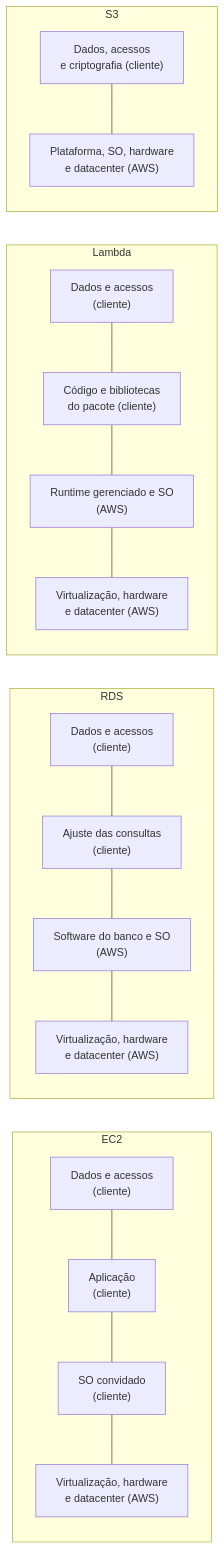
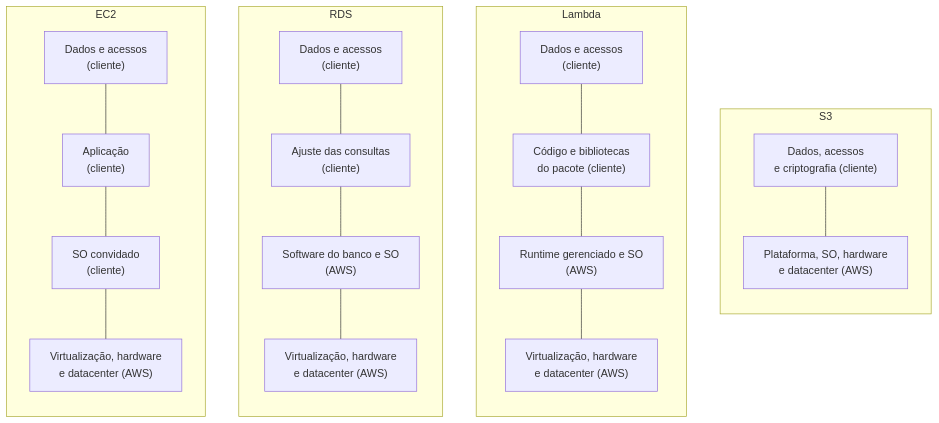
One commit to tuanyfortunato/aws-cloud-practitioner changed the diagram in docs/02-seguranca-e-conformidade/01-responsabilidade-compartilhada.md. Above: the diagram before and after it, drawn with Mermaid. The commit also changed 7 other files, not shown here.

````diff
--- a/docs/02-seguranca-e-conformidade/01-responsabilidade-compartilhada.md
+++ b/docs/02-seguranca-e-conformidade/01-responsabilidade-compartilhada.md
@@ -39,19 +39,20 @@
 ```mermaid
 flowchart LR
     subgraph EC2["EC2"]
         direction TB
         E1["Dados e acessos<br/>(cliente)"] --- E2["Aplicação<br/>(cliente)"] --- E3["SO convidado<br/>(cliente)"] --- E4["Virtualização, hardware<br/>e datacenter (AWS)"]
     end
     subgraph RDS["RDS"]
         direction TB
         R1["Dados e acessos<br/>(cliente)"] --- R2["Ajuste das consultas<br/>(cliente)"] --- R3["Software do banco e SO<br/>(AWS)"] --- R4["Virtualização, hardware<br/>e datacenter (AWS)"]
     end
     subgraph LAMBDA["Lambda"]
         direction TB
         L1["Dados e acessos<br/>(cliente)"] --- L2["Código e bibliotecas<br/>do pacote (cliente)"] --- L3["Runtime gerenciado e SO<br/>(AWS)"] --- L4["Virtualização, hardware<br/>e datacenter (AWS)"]
     end
     subgraph S3["S3"]
         direction TB
         S1["Dados, acessos<br/>e criptografia (cliente)"] --- S2["Plataforma, SO, hardware<br/>e datacenter (AWS)"]
     end
+    EC2 ~~~ RDS ~~~ LAMBDA ~~~ S3
 ```
````
